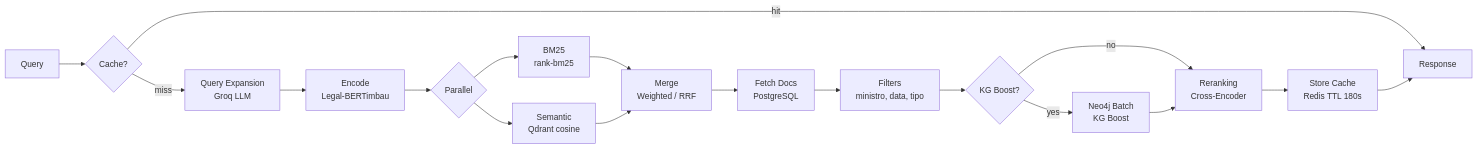
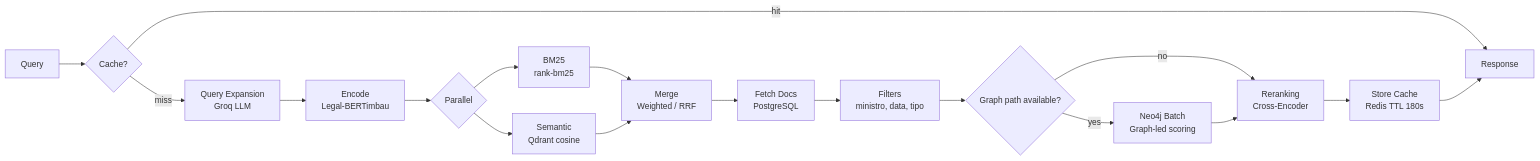
One commit to sensdiego/sens.legal changed the second of 3 diagrams in sites/valter/src/content/docs/architecture/diagrams.md. Above: the diagram before and after it, drawn with Mermaid. The commit also changed other lines of this file and 57 other files, not shown here.

````diff
--- a/sites/valter/src/content/docs/architecture/diagrams.md
+++ b/sites/valter/src/content/docs/architecture/diagrams.md
@@ -143,20 +143,20 @@
 ```mermaid
 flowchart LR
     Q[Query] --> CACHE{Cache?}
     CACHE -->|hit| RESULT
     CACHE -->|miss| QE[Query Expansion<br/>Groq LLM]
     QE --> ENCODE[Encode<br/>Legal-BERTimbau]
     ENCODE --> PAR{Parallel}
     PAR --> BM25[BM25<br/>rank-bm25]
     PAR --> SEM[Semantic<br/>Qdrant cosine]
     BM25 --> MERGE[Merge<br/>Weighted / RRF]
     SEM --> MERGE
     MERGE --> FETCH[Fetch Docs<br/>PostgreSQL]
     FETCH --> FILTER[Filters<br/>ministro, data, tipo]
-    FILTER --> KG{KG Boost?}
-    KG -->|yes| BOOST[Neo4j Batch<br/>KG Boost]
+    FILTER --> KG{Graph path available?}
+    KG -->|yes| BOOST[Neo4j Batch<br/>Graph-led scoring]
     KG -->|no| RERANK
     BOOST --> RERANK[Reranking<br/>Cross-Encoder]
     RERANK --> STORE_CACHE[Store Cache<br/>Redis TTL 180s]
     STORE_CACHE --> RESULT[Response]
 ```
````
